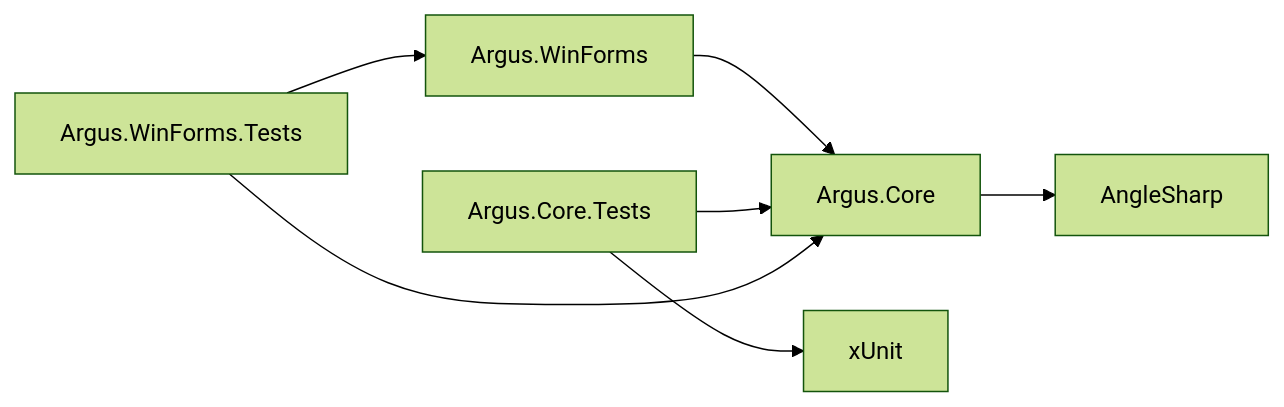
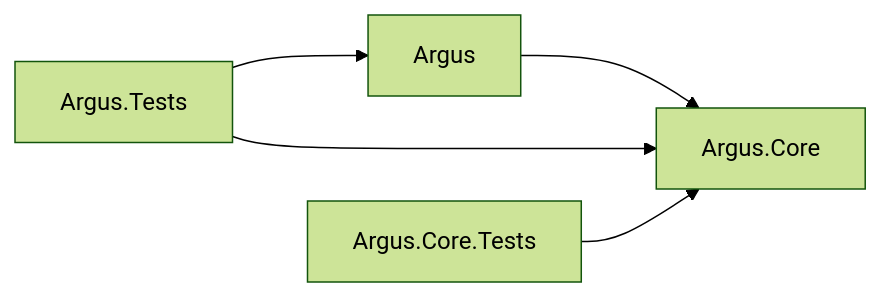
Before and after one commit to kuturogi99with99jazz/argus-project: the diagram in Design/design.md, drawn with Mermaid (forest theme). The commit also changed other lines of this file and 101 other files, not shown here.

````diff
--- a/Design/design.md
+++ b/Design/design.md
@@ -112,9 +37,7 @@
 ```mermaid
 flowchart LR
-    UI["Argus.WinForms"] --> Core["Argus.Core"]
-    Tests["Argus.Core.Tests"] --> Core
-    UiTests["Argus.WinForms.Tests"] --> UI
-    UiTests --> Core
-    Core --> AngleSharp["AngleSharp"]
-    Tests --> xUnit["xUnit"]
+    App["Argus"] --> Core["Argus.Core"]
+    AppTests["Argus.Tests"] --> App
+    AppTests --> Core
+    CoreTests["Argus.Core.Tests"] --> Core
 ```
````
